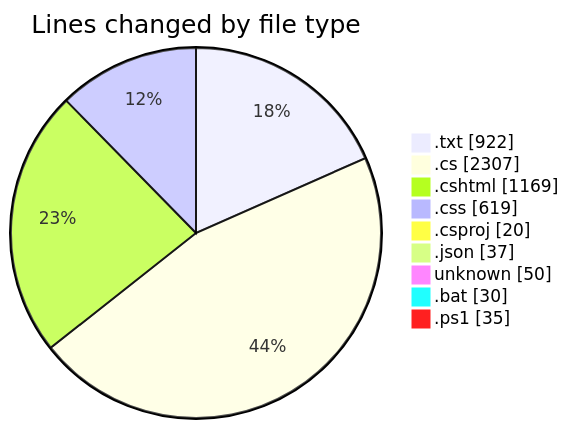
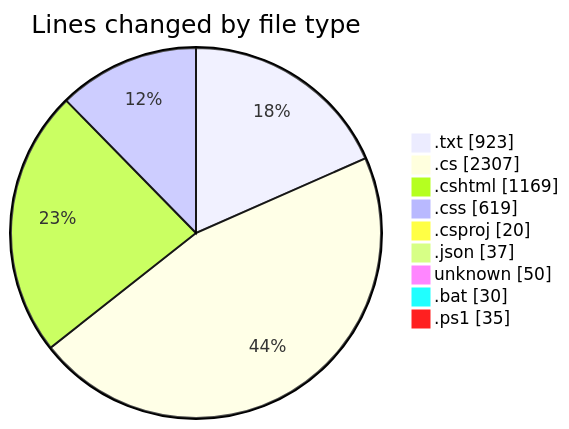
One commit to lephambinh05/code-tracking changed the first of 2 diagrams in 2025-07-26/quanlyrapchieuphim-1/README.md. Above: the diagram before and after it, drawn with Mermaid. The commit also changed other lines of this file and 1 other file, not shown here.

````diff
--- a/2025-07-26/quanlyrapchieuphim-1/README.md
+++ b/2025-07-26/quanlyrapchieuphim-1/README.md
@@ -36,13 +36,13 @@
 ```mermaid
 pie showData
 title Lines changed by file type
-".txt" : 922
+".txt" : 923
 ".cs" : 2307
 ".cshtml" : 1169
 ".css" : 619
 ".csproj" : 20
 ".json" : 37
 "unknown" : 50
 ".bat" : 30
 ".ps1" : 35
 ```
````
